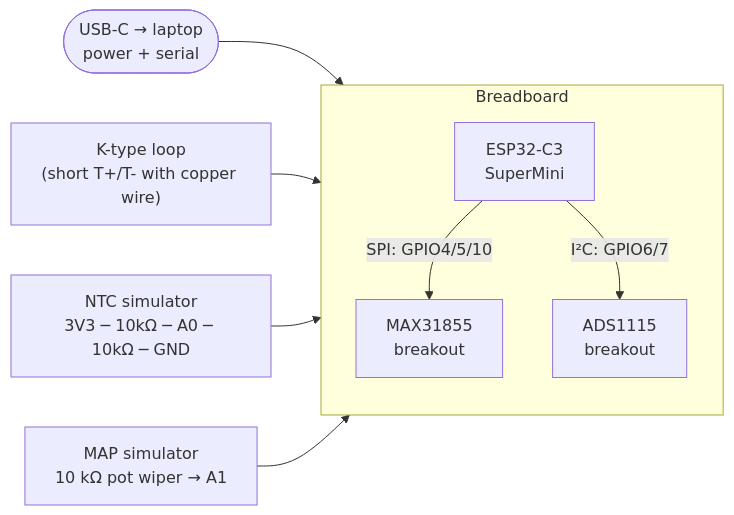
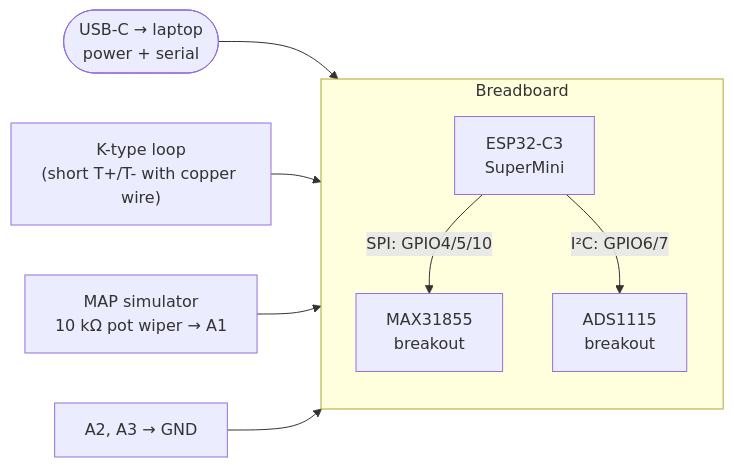
One commit to connorwhite-online/junkr-obd changed the first of 3 diagrams in docs/BENCH_TESTING.md. Above: the diagram before and after it, drawn with Mermaid. The commit also changed other lines of this file and 47 other files, not shown here.

````diff
--- a/docs/BENCH_TESTING.md
+++ b/docs/BENCH_TESTING.md
@@ -103,19 +109,19 @@
 ```mermaid
 flowchart LR
     USB([USB-C → laptop<br/>power + serial]) --> C3
 
     subgraph BB["Breadboard"]
         direction TB
         C3["ESP32-C3<br/>SuperMini"]
         M["MAX31855<br/>breakout"]
         A["ADS1115<br/>breakout"]
     end
 
     C3 -- "SPI: GPIO4/5/10" --> M
     C3 -- "I²C: GPIO6/7" --> A
 
     TC["K-type loop<br/>(short T+/T- with copper wire)"] --> M
 
-    NTC_SIM["NTC simulator<br/>3V3 ─ 10kΩ ─ A0 ─ 10kΩ ─ GND"] --> A
     MAP_SIM["MAP simulator<br/>10 kΩ pot wiper → A1"] --> A
+    GND3["A2, A3 → GND"] --> A
 ```
````
